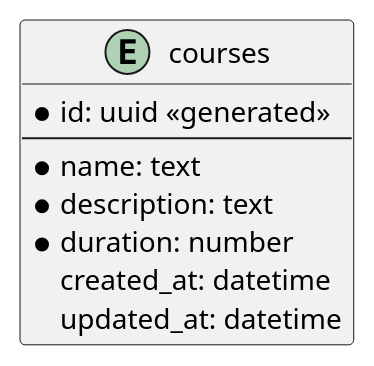
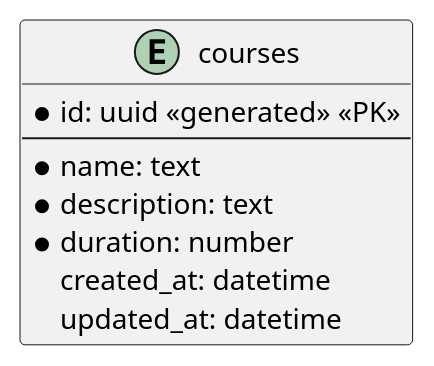
Before and after one commit to ericoalmeida/poc-prisma.io-orm: the diagram in docs/course-erd.puml, drawn with PlantUML.

Commit message:
docs: add PK on course erd diagram

```diff
--- a/docs/course-erd.puml
+++ b/docs/course-erd.puml
@@ -1,13 +1,13 @@
 @startuml courses
 
 entity courses{
-  * id: uuid <<generated>> 
+  * id: uuid <<generated>> <<PK>> 
   --
   * name: text
   * description: text
   * duration: number
     created_at: datetime
     updated_at: datetime
 }
 
 @enduml
```
